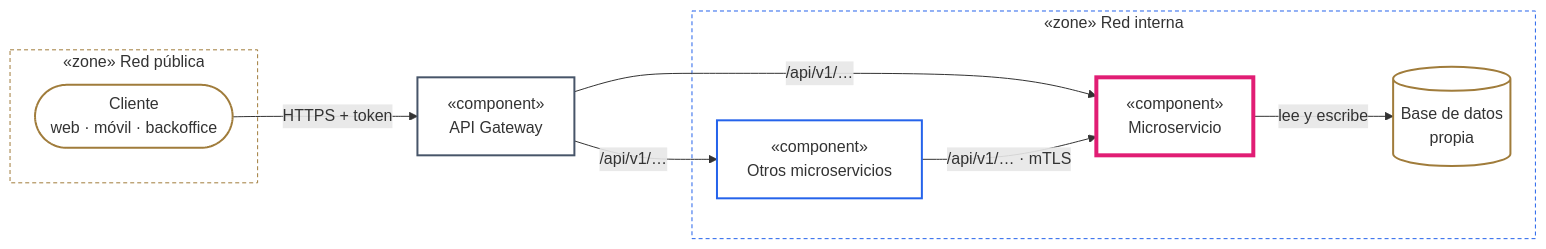
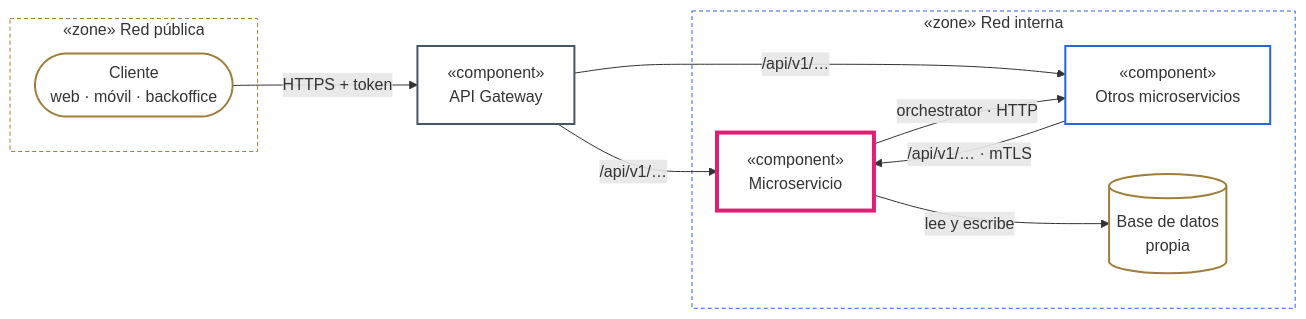
One commit to pcarroza91/nest-template changed the first of 14 diagrams in docs/architecture/guidelines.md. Above: the diagram before and after it, drawn with Mermaid. The commit also changed other lines of this file and 1 other file, not shown here.

First line of the commit message:
docs(architecture): define el orchestrator para la comunicación con otros servicios

````diff
--- a/docs/architecture/guidelines.md
+++ b/docs/architecture/guidelines.md
@@ -39,31 +42,32 @@
 ```mermaid
 flowchart LR
     subgraph PUB["«zone» Red pública"]
         C(["Cliente<br/>web · móvil · backoffice"])
     end
     GW["«component»<br/>API Gateway"]
     subgraph INT["«zone» Red interna"]
         MS["«component»<br/>Microservicio"]
         OTH["«component»<br/>Otros microservicios"]
         DB[("Base de datos<br/>propia")]
     end
 
     C -- "HTTPS + token" --> GW
     GW -- "/api/v1/…" --> MS
     GW -- "/api/v1/…" --> OTH
     OTH -- "/api/v1/… · mTLS" --> MS
+    MS -- "orchestrator · HTTP" --> OTH
     MS -- "lee y escribe" --> DB
 
     classDef zonePub fill:transparent,stroke:#a07c3b,stroke-dasharray:4 3
     classDef zoneInt fill:transparent,stroke:#2563eb,stroke-dasharray:4 3
     classDef ext fill:transparent,stroke:#a07c3b,stroke-width:2px
     classDef gw fill:transparent,stroke:#475569,stroke-width:2px
     classDef other fill:transparent,stroke:#2563eb,stroke-width:2px
     classDef main fill:transparent,stroke:#e11d74,stroke-width:4px
     class PUB zonePub
     class INT zoneInt
     class C,DB ext
     class GW gw
     class OTH other
     class MS main
 ```
````
